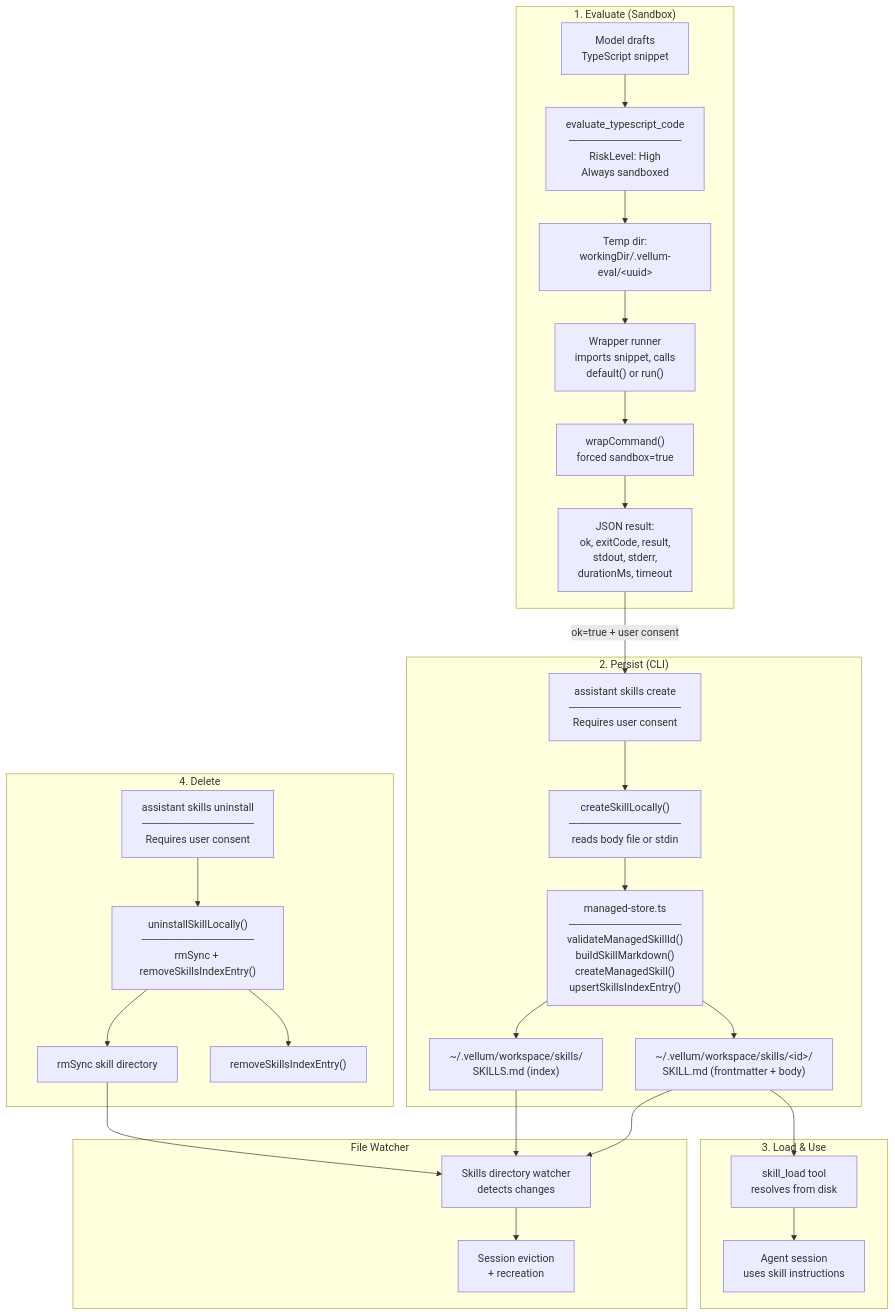
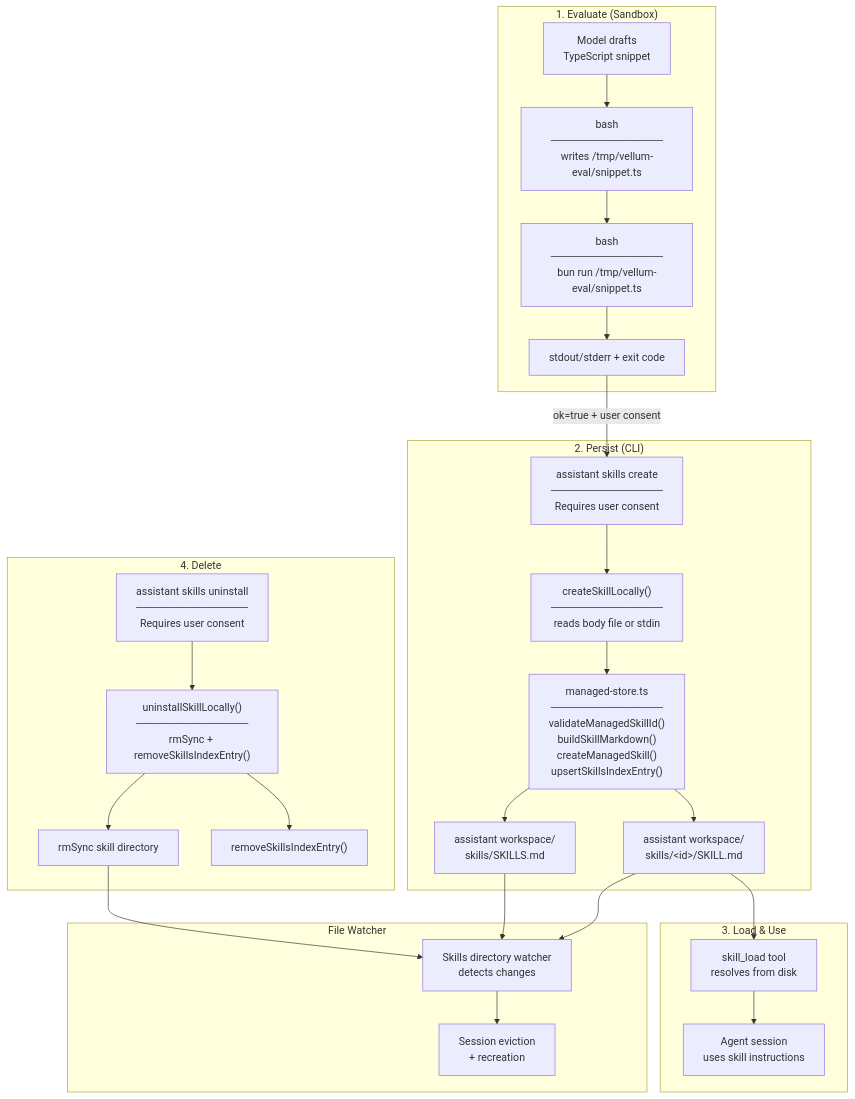
The seventh of 17 diagrams in assistant/ARCHITECTURE.md (vellum-ai/vellum-assistant), drawn with Mermaid before and after one commit. The commit also changed other lines of this file and 9 other files, not shown here.

````diff
--- a/assistant/ARCHITECTURE.md
+++ b/assistant/ARCHITECTURE.md
@@ -1043,60 +1043,56 @@
 ```mermaid
 graph TB
     subgraph "1. Evaluate (Sandbox)"
         SNIPPET["Model drafts<br/>TypeScript snippet"]
-        EVAL_TOOL["evaluate_typescript_code<br/>───────────────<br/>RiskLevel: High<br/>Always sandboxed"]
-        TEMP["Temp dir:<br/>workingDir/.vellum-eval/&lt;uuid&gt;"]
-        WRAPPER["Wrapper runner<br/>imports snippet, calls<br/>default() or run()"]
-        SANDBOX["wrapCommand()<br/>forced sandbox=true"]
-        RESULT["JSON result:<br/>ok, exitCode, result,<br/>stdout, stderr,<br/>durationMs, timeout"]
+        TEMP["bash<br/>───────────────<br/>writes /tmp/vellum-eval/snippet.ts"]
+        BUN_RUN["bash<br/>───────────────<br/>bun run /tmp/vellum-eval/snippet.ts"]
+        RESULT["stdout/stderr + exit code"]
     end
 
     subgraph "2. Persist (CLI)"
         CREATE["assistant skills create<br/>───────────────<br/>Requires user consent"]
         CLI_CREATE["createSkillLocally()<br/>───────────────<br/>reads body file or stdin"]
         MANAGED_STORE["managed-store.ts<br/>───────────────<br/>validateManagedSkillId()<br/>buildSkillMarkdown()<br/>createManagedSkill()<br/>upsertSkillsIndexEntry()"]
-        SKILL_DIR["~/.vellum/workspace/skills/&lt;id&gt;/<br/>SKILL.md (frontmatter + body)"]
-        INDEX["~/.vellum/workspace/skills/<br/>SKILLS.md (index)"]
+        SKILL_DIR["assistant workspace/<br/>skills/&lt;id&gt;/SKILL.md"]
+        INDEX["assistant workspace/<br/>skills/SKILLS.md"]
     end
 
     subgraph "3. Load & Use"
         SKILL_LOAD["skill_load tool<br/>resolves from disk"]
         SESSION["Agent session<br/>uses skill instructions"]
     end
 
     subgraph "4. Delete"
         DELETE["assistant skills uninstall<br/>───────────────<br/>Requires user consent"]
         CLI_DELETE["uninstallSkillLocally()<br/>───────────────<br/>rmSync + removeSkillsIndexEntry()"]
         RM_DIR["rmSync skill directory"]
         RM_INDEX["removeSkillsIndexEntry()"]
     end
 
     subgraph "File Watcher"
         WATCHER["Skills directory watcher<br/>detects changes"]
         EVICT["Session eviction<br/>+ recreation"]
     end
 
-    SNIPPET --> EVAL_TOOL
-    EVAL_TOOL --> TEMP
-    TEMP --> WRAPPER
-    WRAPPER --> SANDBOX
-    SANDBOX --> RESULT
+    SNIPPET --> TEMP
+    TEMP --> BUN_RUN
+    BUN_RUN --> RESULT
     RESULT -->|"ok=true + user consent"| CREATE
 
     CREATE --> CLI_CREATE
     CLI_CREATE --> MANAGED_STORE
     MANAGED_STORE --> SKILL_DIR
     MANAGED_STORE --> INDEX
 
     SKILL_DIR --> WATCHER
     INDEX --> WATCHER
     WATCHER --> EVICT
 
     SKILL_DIR --> SKILL_LOAD
     SKILL_LOAD --> SESSION
 
     DELETE --> CLI_DELETE
     CLI_DELETE --> RM_DIR
     CLI_DELETE --> RM_INDEX
     RM_DIR --> WATCHER
 ```
````
